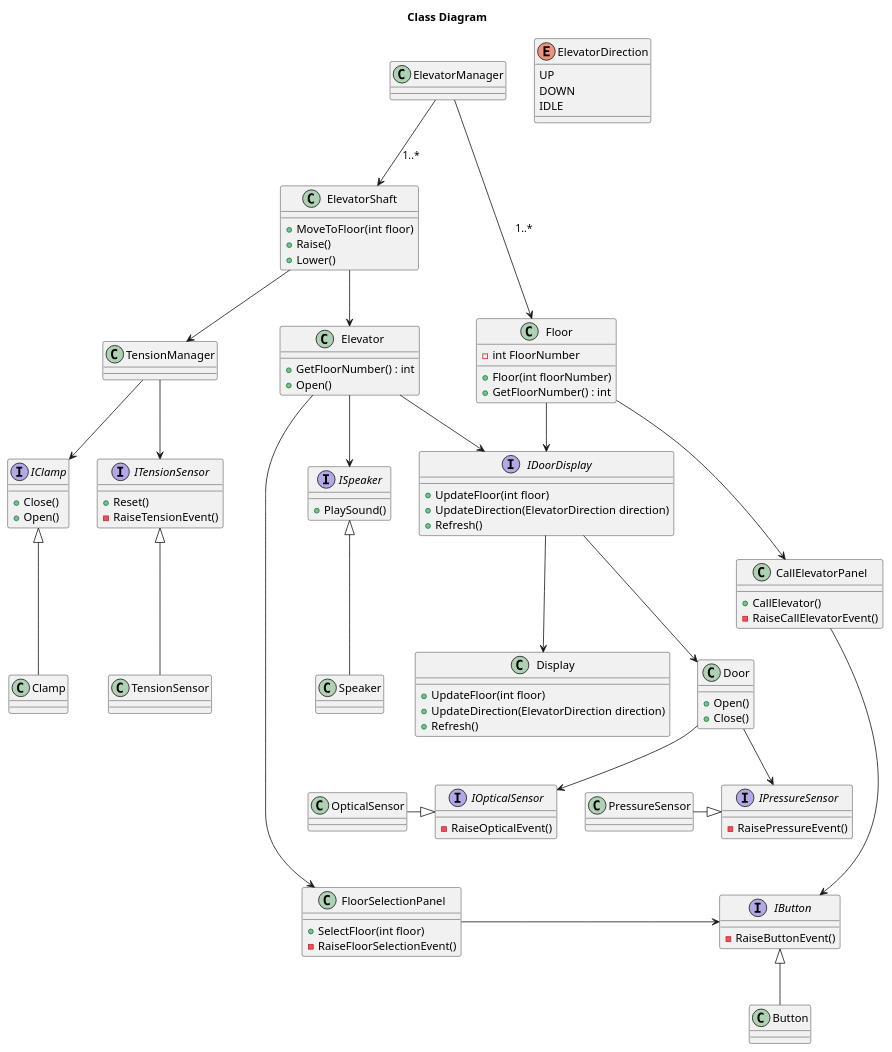
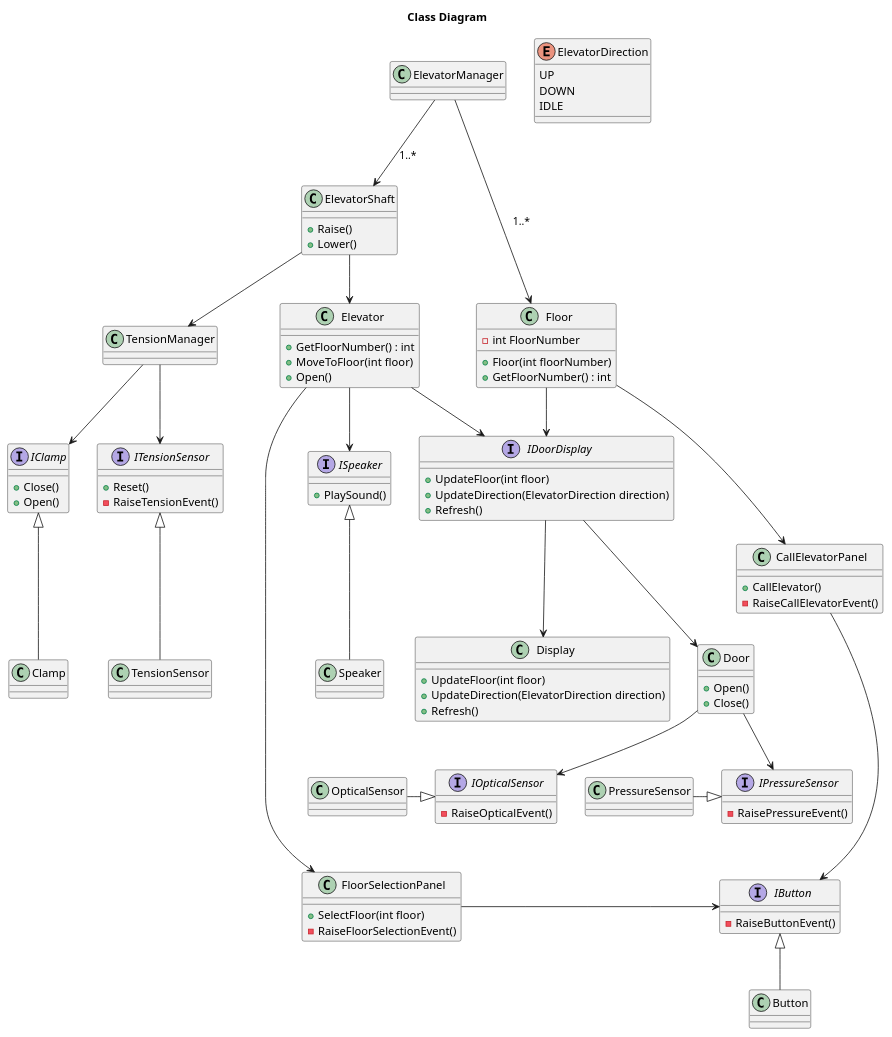
One commit to NathanThus/Technology-Semester-3 changed the second of 6 diagrams in Software Design & Algorithms/Elevator/Diagrams.puml. Above: the diagram before and after it, drawn with PlantUML. The commit also changed other lines of this file and 14 other files, not shown here.

```diff
--- a/Software Design & Algorithms/Elevator/Diagrams.puml
+++ b/Software Design & Algorithms/Elevator/Diagrams.puml
@@ -12,139 +12,139 @@
 @startuml Class Diagram
 Title Class Diagram
 
 class ElevatorManager
 {
 }
 
 class Elevator
 {
     {method} + GetFloorNumber() : int
+    {method} + MoveToFloor(int floor)
     {method} + Open()
 }
 
 class ElevatorShaft
 {
-    {method} + MoveToFloor(int floor)
     {method} + Raise()
     {method} + Lower()
 }
 
 class FloorSelectionPanel
 {
     {method} + SelectFloor(int floor)
     {method} - RaiseFloorSelectionEvent()
 }
 
 class CallElevatorPanel
 {
     {method} + CallElevator()
     {method} - RaiseCallElevatorEvent()
 }
 
 class Door
 {
     {method} + Open()
     {method} + Close()
 }
 
 class Display
 {
     {method} + UpdateFloor(int floor)
     {method} + UpdateDirection(ElevatorDirection direction)
     {method} + Refresh()
 }
 
 interface IDoorDisplay
 {
     {method} + UpdateFloor(int floor)
     {method} + UpdateDirection(ElevatorDirection direction)
     {method} + Refresh()
 }
 
 class TensionManager
 {
 }
 
 interface ITensionSensor
 {
     {method} + Reset()
     {method} - RaiseTensionEvent()
 }
 
 interface IPressureSensor
 {
     {method} - RaisePressureEvent()
 }
 
 interface IOpticalSensor
 {
     {method} - RaiseOpticalEvent()
 }
 
 interface IButton
 {
     {method} - RaiseButtonEvent()
 }
 
 class Button
 {
 }
 
 interface IClamp
 {
     {Method} + Close()
     {Method} + Open()
 }
 
 class Floor
 {
     {field} - int FloorNumber
     {method} + Floor(int floorNumber)
     {method} + GetFloorNumber() : int
 }
 
 interface ISpeaker
 {
     {Method} + PlaySound()
 }
 
 enum ElevatorDirection
 {
     UP
     DOWN
     IDLE
 }
 
 ElevatorManager --> ElevatorShaft : 1..*
 ElevatorManager --> Floor : 1..*
 
 ElevatorShaft --> Elevator
 ElevatorShaft --> TensionManager
 
 Floor --> CallElevatorPanel
 Floor --> IDoorDisplay
 
 Elevator --> IDoorDisplay
 Elevator --> ISpeaker
 Speaker -up-|> ISpeaker
 Elevator -----> FloorSelectionPanel
 
 FloorSelectionPanel -> IButton
 CallElevatorPanel --> IButton
 
 IDoorDisplay --> Display
 IDoorDisplay --> Door
 
 Door --> IPressureSensor
 Door --> IOpticalSensor
 OpticalSensor -|> IOpticalSensor
 PressureSensor -|> IPressureSensor
 
 Button -up-|>  IButton
 
 TensionManager --> IClamp
 TensionManager --> ITensionSensor
 TensionSensor -up-|> ITensionSensor
 Clamp -up-|> IClamp
 
 @enduml
```
